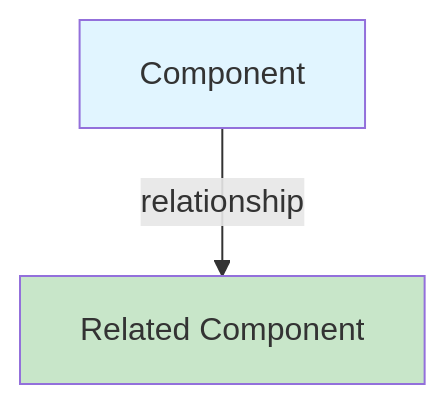
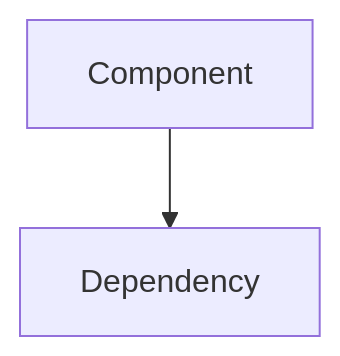
One commit to asifhussain60/CORTEX changed the diagram in .github/prompts/cortex-doc.prompt.md. Above: the diagram before and after it, drawn with Mermaid. The commit also changed other lines of this file and 45 other files, not shown here.

````diff
--- a/.github/prompts/cortex-doc.prompt.md
+++ b/.github/prompts/cortex-doc.prompt.md
@@ -43,6 +157,4 @@
 ```mermaid
 graph TD
-  A[Component] -->|relationship| B[Related Component]
-  style A fill:#e1f5ff
-  style B fill:#c8e6c9
+    A[Component] --> B[Dependency]
 ```
````
